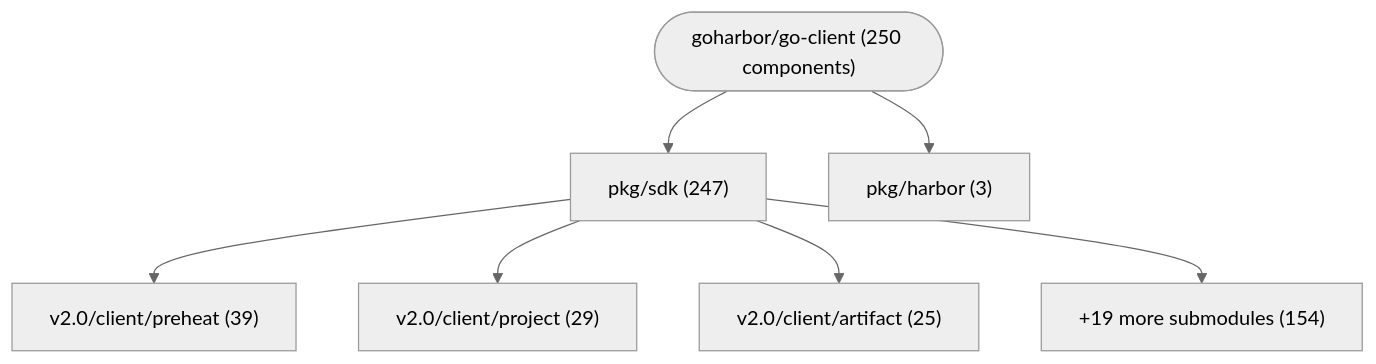
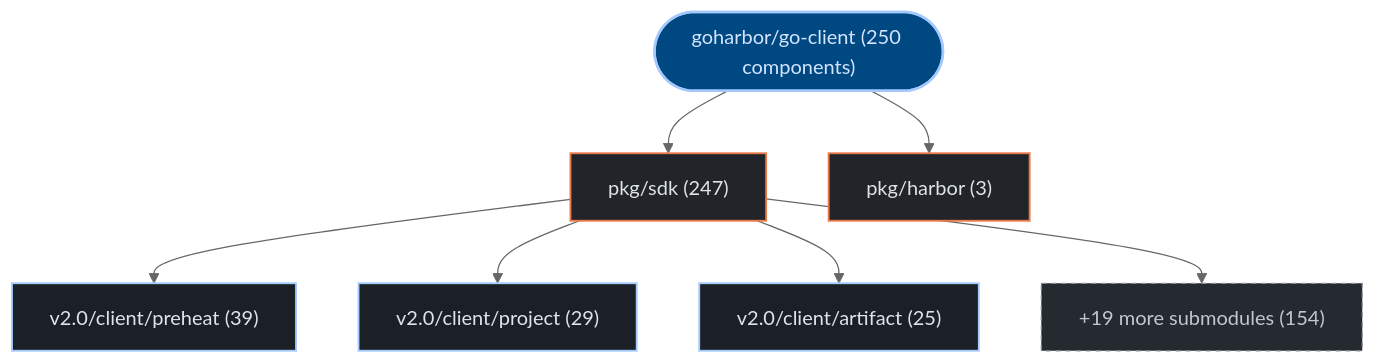
One commit to kumarshaz/atruss-code-atlas changed the first of 3 diagrams in exports/latest/reports/goharbor-go-client-report.md. Above: the diagram before and after it, drawn with Mermaid (neutral theme). The commit also changed other lines of this file and 331 other files, not shown here.

Commit message:
docs,ui,fix: update SDLC docs, reorder CI/CD DAG first, stylize Mermaid, and fix Arc42 pipeline topology

````diff
--- a/exports/latest/reports/goharbor-go-client-report.md
+++ b/exports/latest/reports/goharbor-go-client-report.md
@@ -42,16 +42,23 @@
 ```mermaid
 graph TD;
-    repo_root(["goharbor/go-client (250 components)"])
-    dir_0_pkg_sdk["pkg/sdk (247)"]
+  classDef atlasRoot fill:#004882,stroke:#a3c9ff,stroke-width:2px,color:#d3e4ff
+  classDef atlasCategory fill:#212428,stroke:#E87A48,stroke-width:1.5px,color:#dfe3eb
+  classDef atlasWorkflow fill:#1b2026,stroke:#a3c9ff,stroke-width:1.5px,color:#dfe3eb
+  classDef atlasJob fill:#171c22,stroke:#8d9199,stroke-width:1px,color:#dfe3eb
+  classDef atlasTarget fill:#005227,stroke:#8bd99b,stroke-width:1.5px,color:#a7f6b6
+  classDef atlasAlert fill:#93000a,stroke:#ffb4ab,stroke-width:1.5px,color:#ffdad6
+  classDef atlasMore fill:#252a31,stroke:#8d9199,stroke-dasharray:4 4,color:#c3c6cf
+    repo_root(["goharbor/go-client (250 components)"]):::atlasRoot
+    dir_0_pkg_sdk["pkg/sdk (247)"]:::atlasCategory
     repo_root --> dir_0_pkg_sdk
-    sub_0_0_v2_0_client_preheat["v2.0/client/preheat (39)"]
+    sub_0_0_v2_0_client_preheat["v2.0/client/preheat (39)"]:::atlasWorkflow
     dir_0_pkg_sdk --> sub_0_0_v2_0_client_preheat
-    sub_0_1_v2_0_client_project["v2.0/client/project (29)"]
+    sub_0_1_v2_0_client_project["v2.0/client/project (29)"]:::atlasWorkflow
     dir_0_pkg_sdk --> sub_0_1_v2_0_client_project
-    sub_0_2_v2_0_client_artifact["v2.0/client/artifact (25)"]
+    sub_0_2_v2_0_client_artifact["v2.0/client/artifact (25)"]:::atlasWorkflow
     dir_0_pkg_sdk --> sub_0_2_v2_0_client_artifact
-    sub_0_more["+19 more submodules (154)"]
+    sub_0_more["+19 more submodules (154)"]:::atlasMore
     dir_0_pkg_sdk --> sub_0_more
-    dir_1_pkg_harbor["pkg/harbor (3)"]
+    dir_1_pkg_harbor["pkg/harbor (3)"]:::atlasCategory
     repo_root --> dir_1_pkg_harbor
 ```
````
